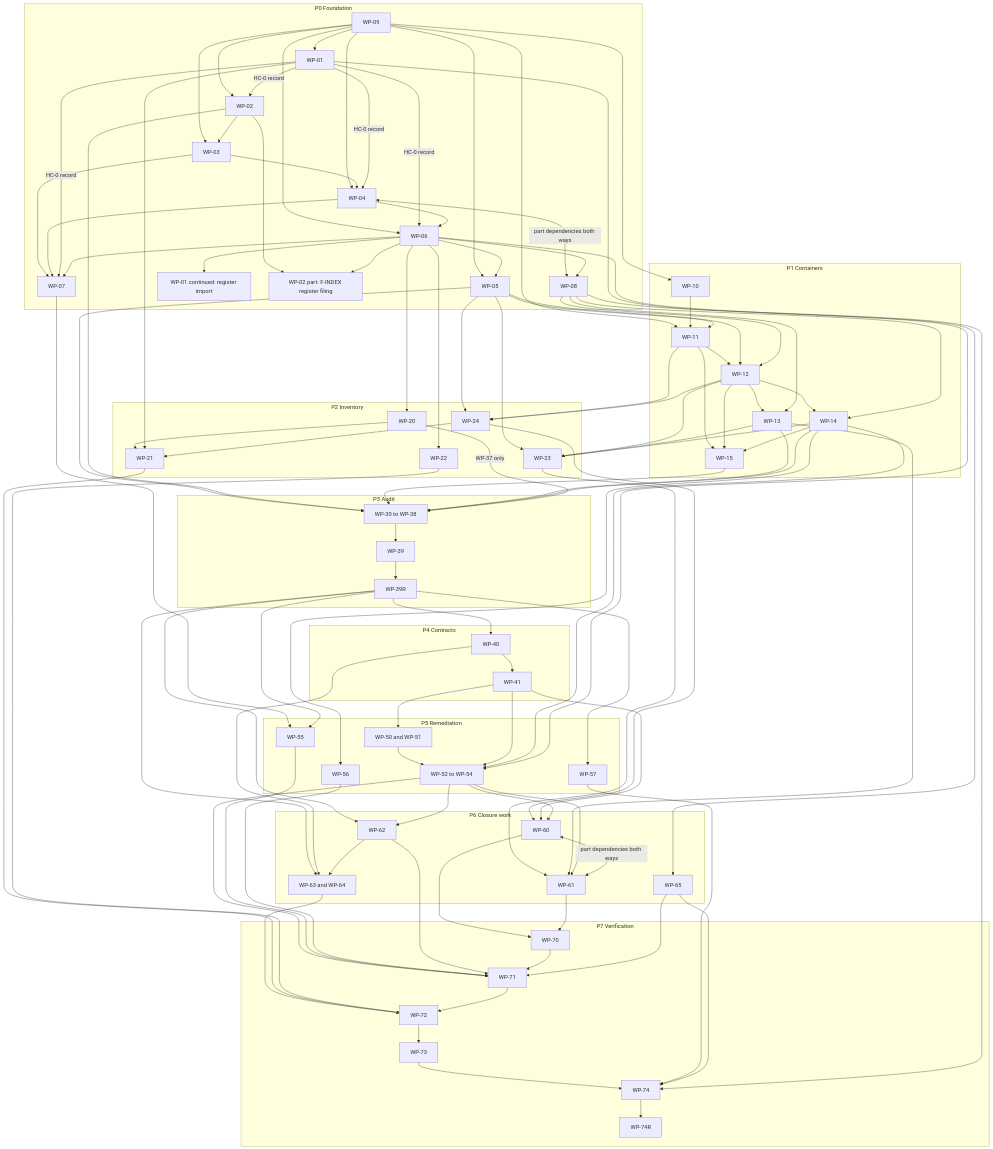
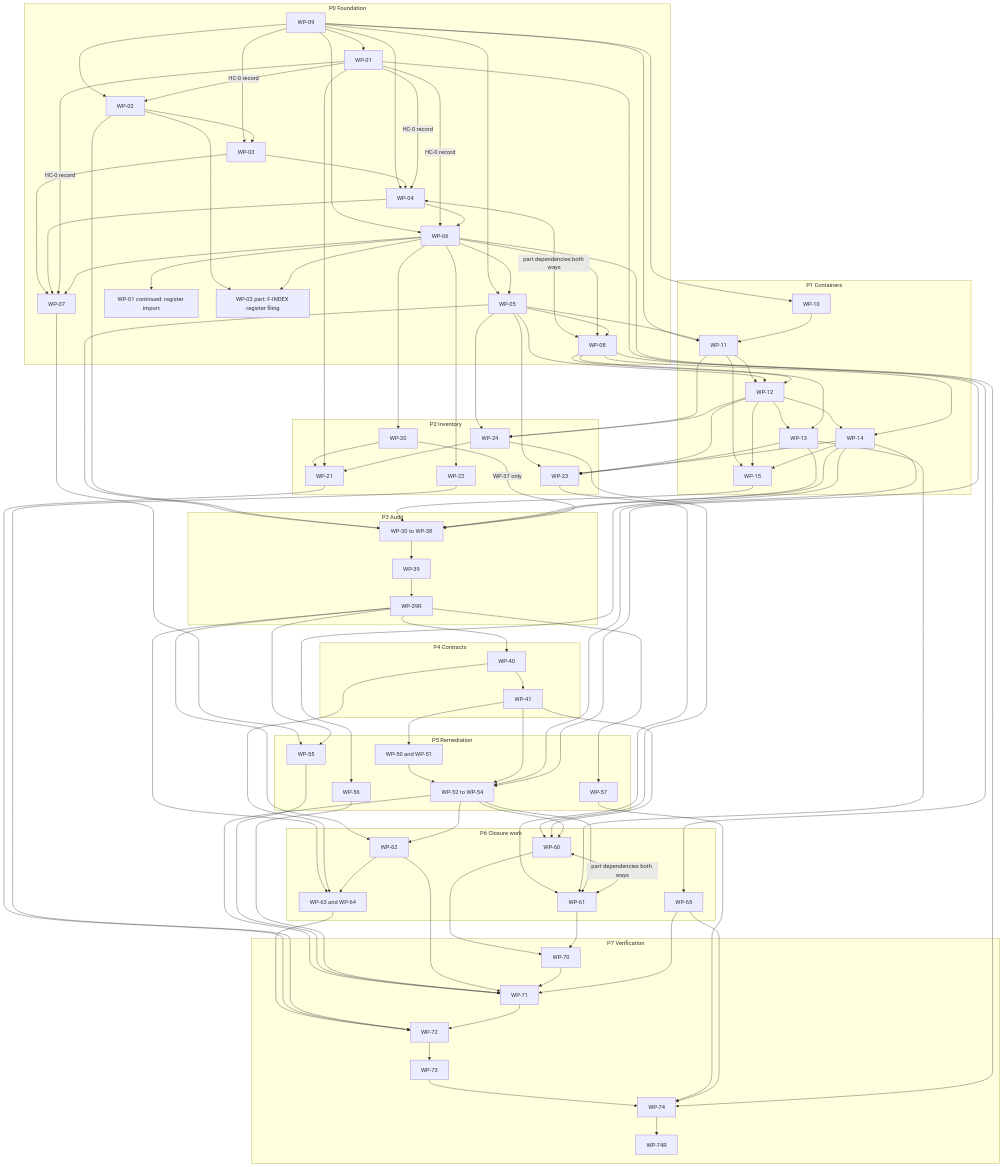
One commit to vasic-digital/catalogizer changed the third of 3 diagrams in specs/001-full-project-audit-remediation/docs/21-master-plan-phases-risks-and-traceability.md. Above: the diagram before and after it, drawn with Mermaid. The commit also changed other lines of this file and 24 other files, not shown here.

```diff
--- a/specs/001-full-project-audit-remediation/docs/21-master-plan-phases-risks-and-traceability.md
+++ b/specs/001-full-project-audit-remediation/docs/21-master-plan-phases-risks-and-traceability.md
@@ -613,6 +615,7 @@
   W04 --> W06
   W06 --> W05
   W06 --> W08
+  W05 --> W08
   W05 --> W11
   W05 --> W12
   W08 --> W12
```
